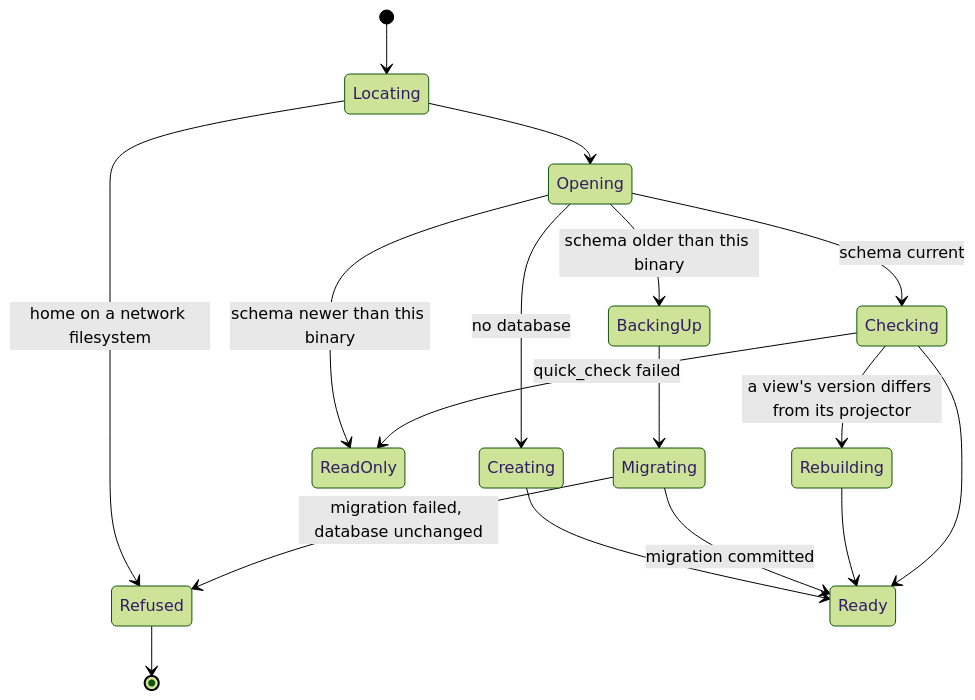
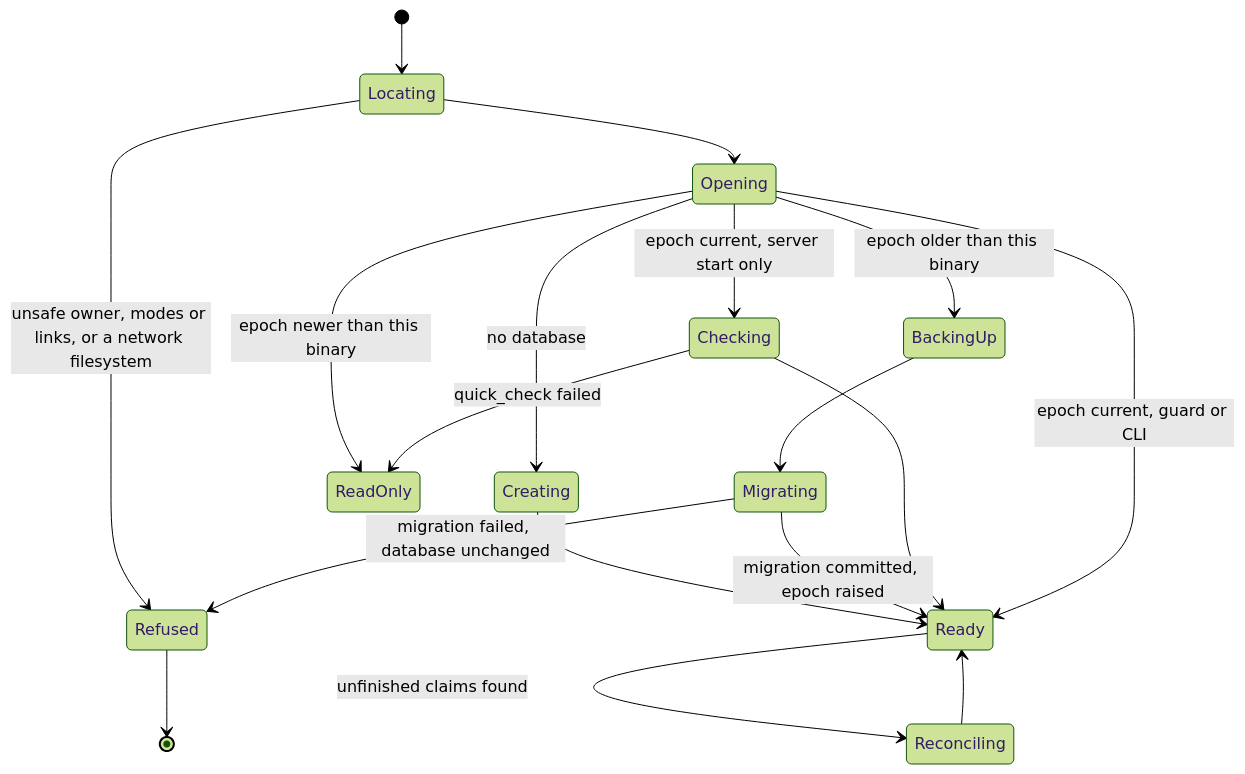
One commit to crenshawdev/baley changed the ninth of 10 diagrams in docs/design/0001-evidence-ledger.md. Above: the diagram before and after it, drawn with Mermaid (forest theme). The commit also changed other lines of this file and 1 other file, not shown here.

````diff
--- a/docs/design/0001-evidence-ledger.md
+++ b/docs/design/0001-evidence-ledger.md
@@ -550,19 +668,20 @@
 ```mermaid
 stateDiagram-v2
   [*] --> Locating
-  Locating --> Refused : home on a network filesystem
+  Locating --> Refused : unsafe owner, modes or links, or a network filesystem
   Locating --> Opening
   Opening --> Creating : no database
   Creating --> Ready
-  Opening --> ReadOnly : schema newer than this binary
-  Opening --> BackingUp : schema older than this binary
+  Opening --> ReadOnly : epoch newer than this binary
+  Opening --> BackingUp : epoch older than this binary
   BackingUp --> Migrating
-  Migrating --> Ready : migration committed
+  Migrating --> Ready : migration committed, epoch raised
   Migrating --> Refused : migration failed, database unchanged
-  Opening --> Checking : schema current
-  Checking --> Rebuilding : a view's version differs from its projector
-  Rebuilding --> Ready
+  Opening --> Checking : epoch current, server start only
   Checking --> Ready
   Checking --> ReadOnly : quick_check failed
+  Opening --> Ready : epoch current, guard or CLI
+  Ready --> Reconciling : unfinished claims found
+  Reconciling --> Ready
   Refused --> [*]
 ```
````
